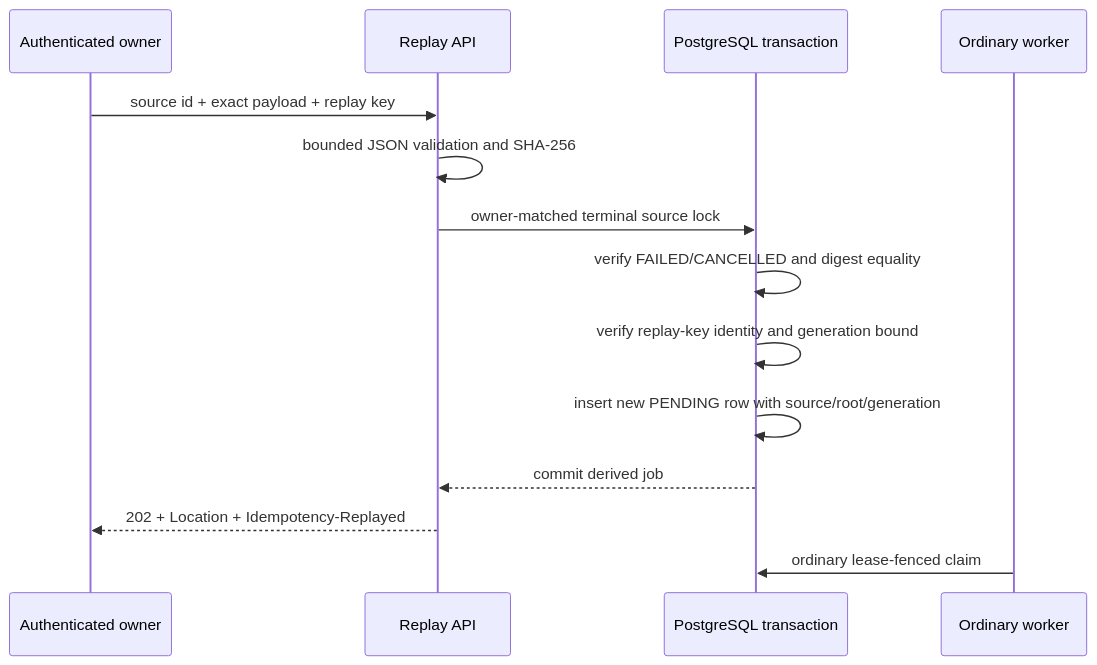
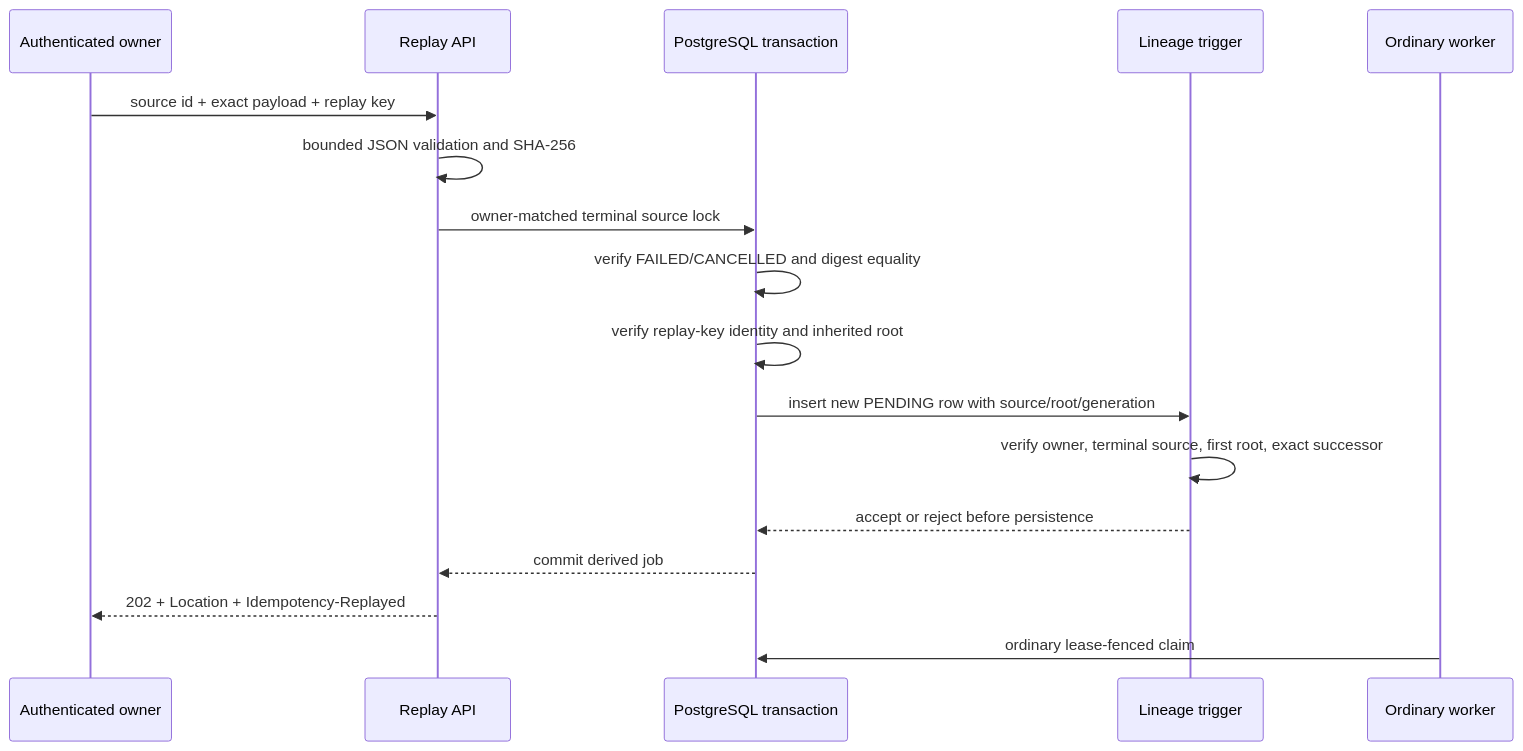
The diagram in docs/adr/2026-08-07-immutable-durable-job-replay.md (ContextualWisdomLab/mightyETL), drawn with Mermaid before and after one commit. The commit also changed other lines of this file, not shown here.

Commit message:
docs(etl): record database-owned replay lineage decision

````diff
--- a/docs/adr/2026-08-07-immutable-durable-job-replay.md
+++ b/docs/adr/2026-08-07-immutable-durable-job-replay.md
@@ -28,17 +42,20 @@
 ```mermaid
 sequenceDiagram
     participant O as Authenticated owner
     participant A as Replay API
     participant P as PostgreSQL transaction
+    participant T as Lineage trigger
     participant W as Ordinary worker
 
     O->>A: source id + exact payload + replay key
     A->>A: bounded JSON validation and SHA-256
     A->>P: owner-matched terminal source lock
     P->>P: verify FAILED/CANCELLED and digest equality
-    P->>P: verify replay-key identity and generation bound
-    P->>P: insert new PENDING row with source/root/generation
+    P->>P: verify replay-key identity and inherited root
+    P->>T: insert new PENDING row with source/root/generation
+    T->>T: verify owner, terminal source, first root, exact successor
+    T-->>P: accept or reject before persistence
     P-->>A: commit derived job
     A-->>O: 202 + Location + Idempotency-Replayed
     W->>P: ordinary lease-fenced claim
 ```
````
